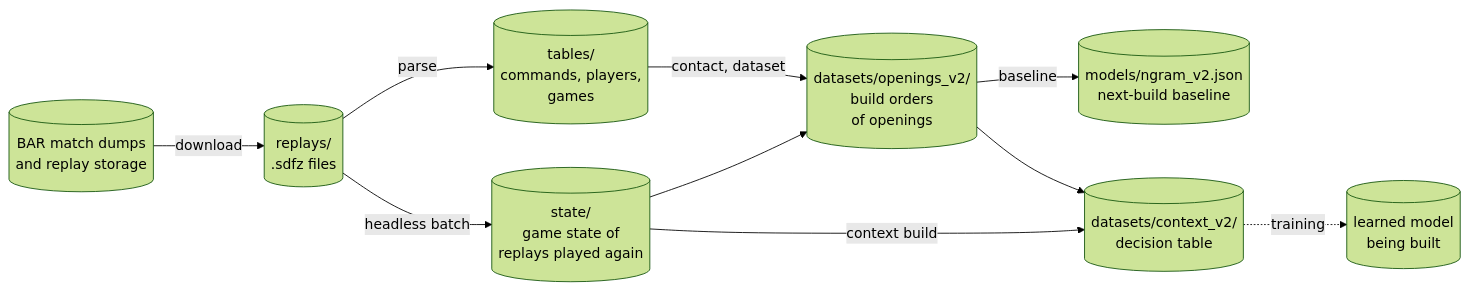
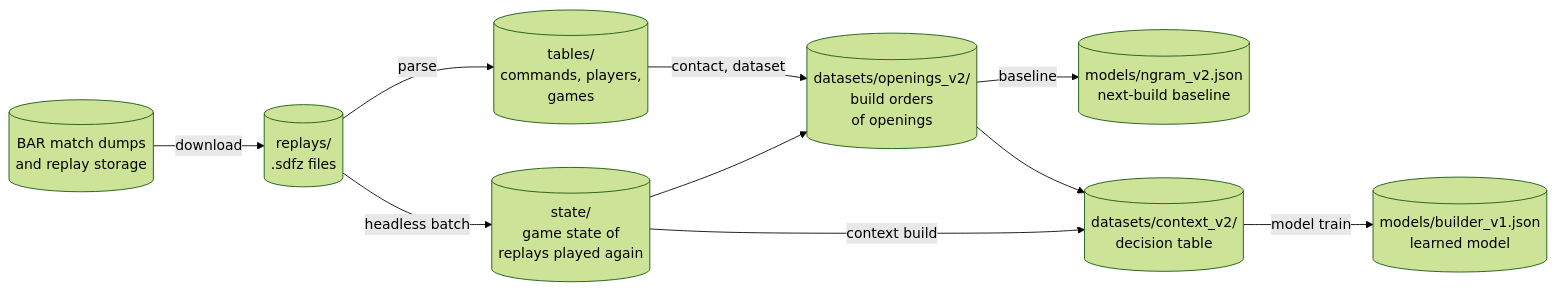
One commit to nineinchnick/reason8 changed the first of 2 diagrams in README.md. Above: the diagram before and after it, drawn with Mermaid (forest theme). The commit also changed other lines of this file and 3 other files, not shown here.

First line of the commit message:
Document the learned builder model in the game

````diff
--- a/README.md
+++ b/README.md
@@ -170,21 +170,21 @@
 ```mermaid
 flowchart LR
     sources[("BAR match dumps<br/>and replay storage")]
     replays[("replays/<br/>.sdfz files")]
     tables[("tables/<br/>commands, players,<br/>games")]
     state[("state/<br/>game state of<br/>replays played again")]
     openings[("datasets/openings_v2/<br/>build orders<br/>of openings")]
     ngram[("models/ngram_v2.json<br/>next-build baseline")]
     context[("datasets/context_v2/<br/>decision table")]
-    trees[("learned model<br/>being built")]
+    trees[("models/builder_v1.json<br/>learned model")]
 
     sources -- "download" --> replays
     replays -- "parse" --> tables
     replays -- "headless batch" --> state
     tables -- "contact, dataset" --> openings
     state --> openings
     openings -- "baseline" --> ngram
     state -- "context build" --> context
     openings --> context
-    context -. "training" .-> trees
+    context -- "model train" --> trees
 ```
````
